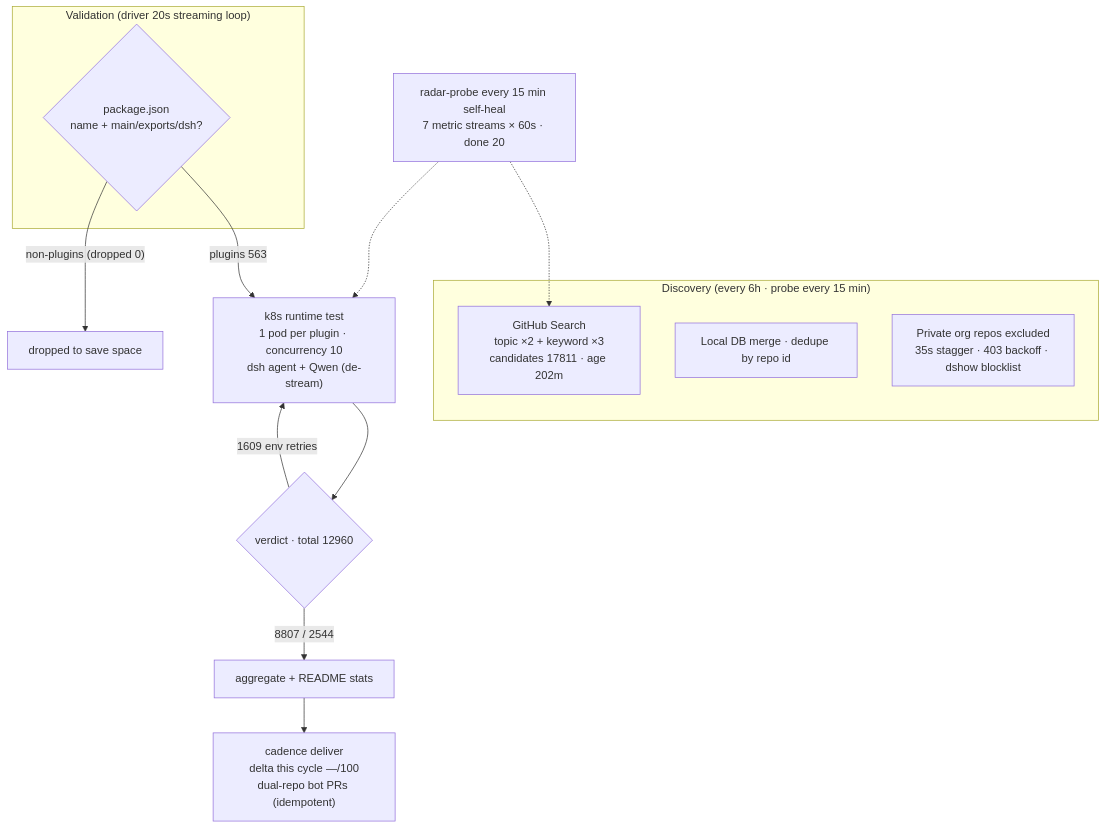
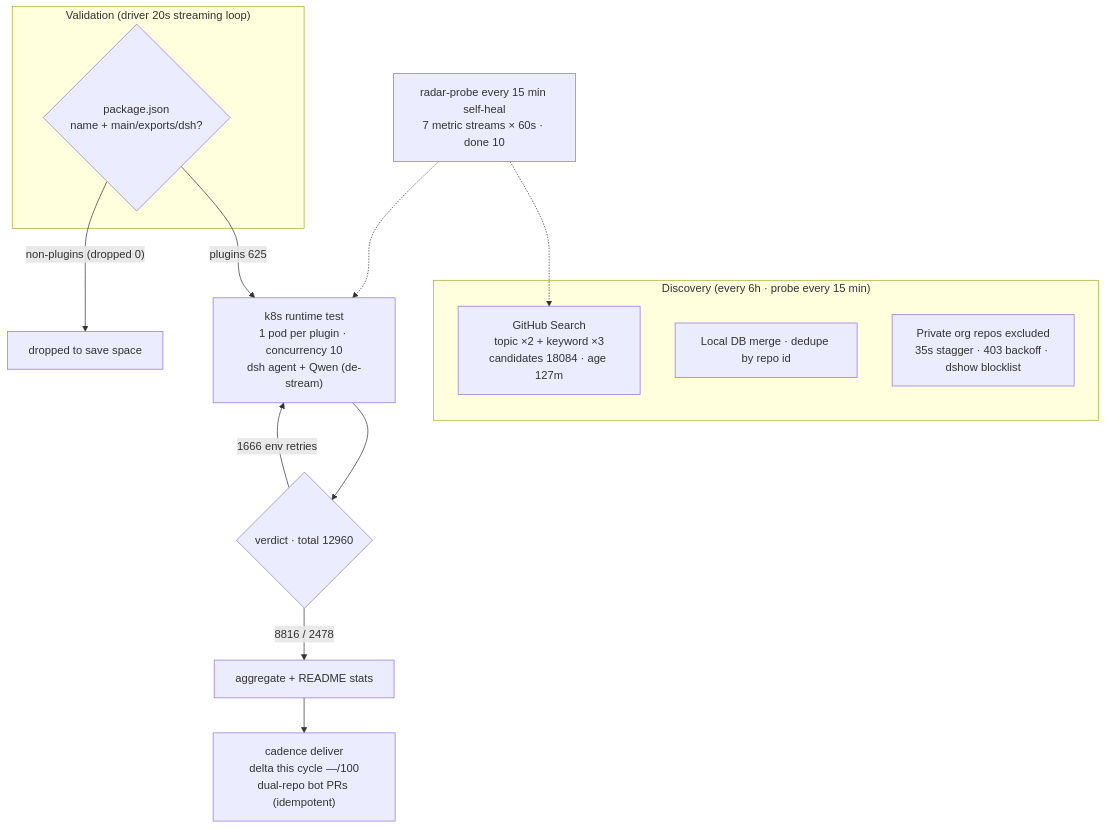
Before and after one commit to Zhidao-Lab-OSS/awesome-dsh-plugins: the diagram in README.en-US.md, drawn with Mermaid. The commit also changed other lines of this file and 1 other file, not shown here.

````diff
--- a/README.en-US.md
+++ b/README.en-US.md
@@ -45,20 +45,20 @@
 ```mermaid
 flowchart TB
     subgraph Discovery["Discovery (every 6h · probe every 15 min)"]
-        A1["GitHub Search<br/>topic ×2 + keyword ×3<br/>candidates 17811 · age 202m"]
+        A1["GitHub Search<br/>topic ×2 + keyword ×3<br/>candidates 18084 · age 127m"]
         A2["Local DB merge · dedupe by repo id"]
         A3["Private org repos excluded<br/>35s stagger · 403 backoff · dshow blocklist"]
     end
     subgraph Validation["Validation (driver 20s streaming loop)"]
         B1{"package.json<br/>name + main/exports/dsh?"}
     end
-    B1 -->|"plugins 563"| C1["k8s runtime test<br/>1 pod per plugin · concurrency 10<br/>dsh agent + Qwen (de-stream)"]
+    B1 -->|"plugins 625"| C1["k8s runtime test<br/>1 pod per plugin · concurrency 10<br/>dsh agent + Qwen (de-stream)"]
     B1 -->|"non-plugins (dropped 0)"| B3["dropped to save space"]
     C1 --> D1{"verdict · total 12960"}
-    D1 -->|"8807 / 2544"| E1["aggregate + README stats"]
-    D1 -->|"1609 env retries"| C1
+    D1 -->|"8816 / 2478"| E1["aggregate + README stats"]
+    D1 -->|"1666 env retries"| C1
     E1 --> E2["cadence deliver<br/>delta this cycle —/100<br/>dual-repo bot PRs (idempotent)"]
-    M["radar-probe every 15 min self-heal<br/>7 metric streams × 60s · done 20"]
+    M["radar-probe every 15 min self-heal<br/>7 metric streams × 60s · done 10"]
     M -.-> A1
     M -.-> C1
 ```
````
